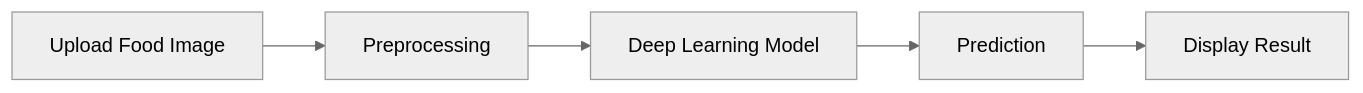
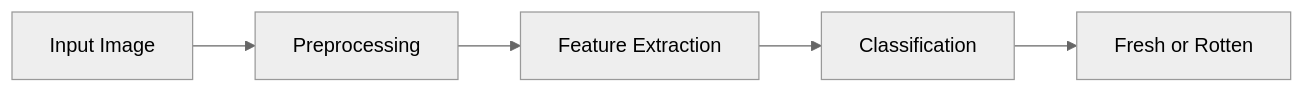
One commit to KhushiBonde/-AI-based-Food-Quality-checking changed the third of 4 diagrams in README.md. Above: the diagram before and after it, drawn with Mermaid (neutral theme). The commit also changed other lines of this file, not shown here.

````diff
--- a/README.md
+++ b/README.md
@@ -217,8 +275,8 @@
-```mermaid
+```mermaid id="d4"
 graph LR
 
-A[Upload Food Image] --> B[Preprocessing]
-B --> C[Deep Learning Model]
-C --> D[Prediction]
-D --> E[Display Result]
+A[Input Image] --> B[Preprocessing]
+B --> C[Feature Extraction]
+C --> D[Classification]
+D --> E[Fresh or Rotten]
 ```
````
